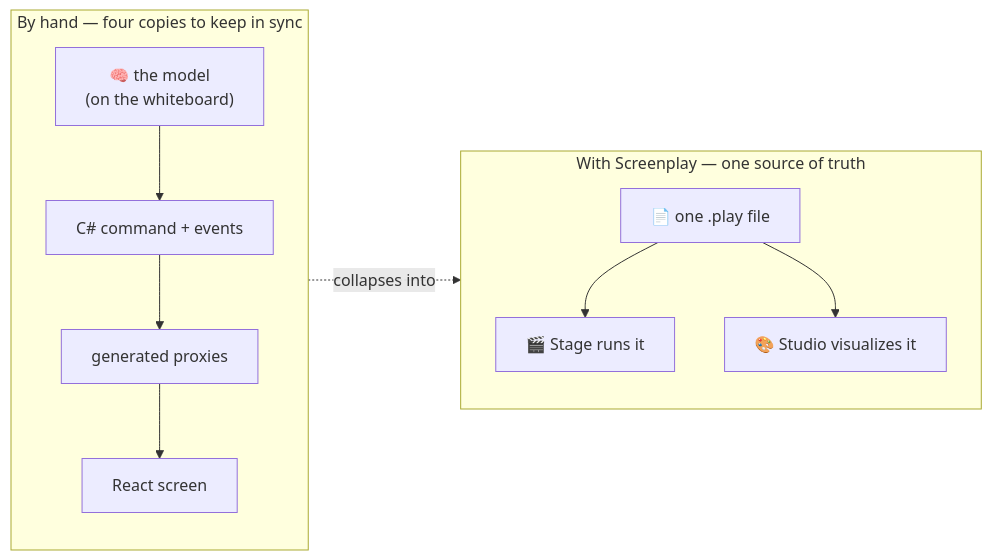
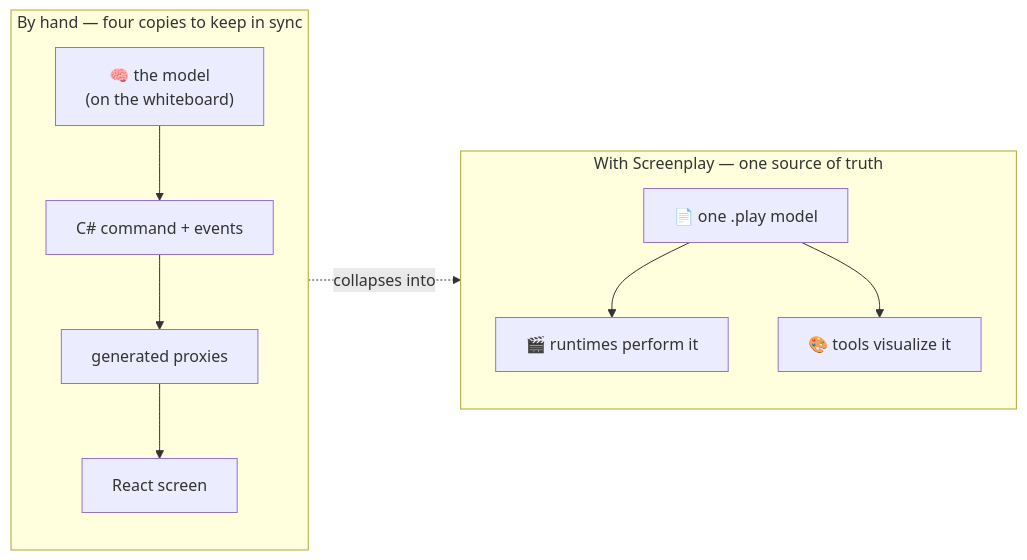
One commit to Cratis/Screenplay changed the diagram in Documentation/screenplay/why-screenplay.md. Above: the diagram before and after it, drawn with Mermaid. The commit also changed other lines of this file and 8 other files, not shown here.

````diff
--- a/Documentation/screenplay/why-screenplay.md
+++ b/Documentation/screenplay/why-screenplay.md
@@ -44,15 +44,15 @@
 ```mermaid
 flowchart LR
     subgraph by_hand["By hand — four copies to keep in sync"]
       direction TB
       WB["🧠 the model<br/>(on the whiteboard)"] --> CS["C# command + events"]
       CS --> PX["generated proxies"]
       PX --> UI["React screen"]
     end
     subgraph screenplay["With Screenplay — one source of truth"]
       direction TB
-      Play["📄 one .play file"] --> Stage["🎬 Stage runs it"]
-      Play --> Studio["🎨 Studio visualizes it"]
+      Play["📄 one .play model"] --> Stage["🎬 runtimes perform it"]
+      Play --> Studio["🎨 tools visualize it"]
     end
     by_hand -.->|"collapses into"| screenplay
 ```
````
